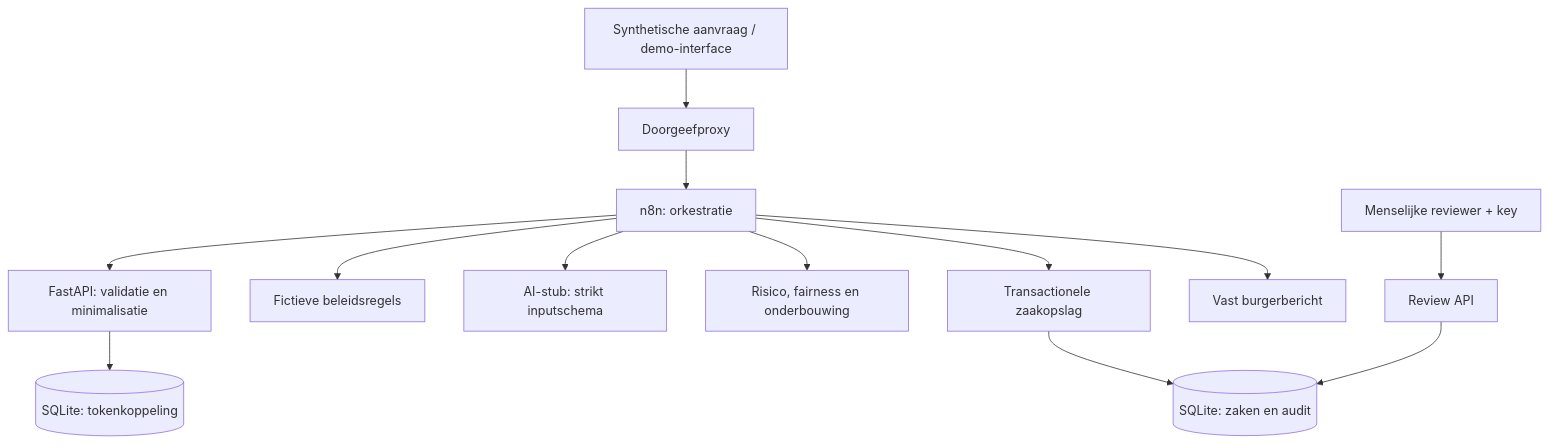
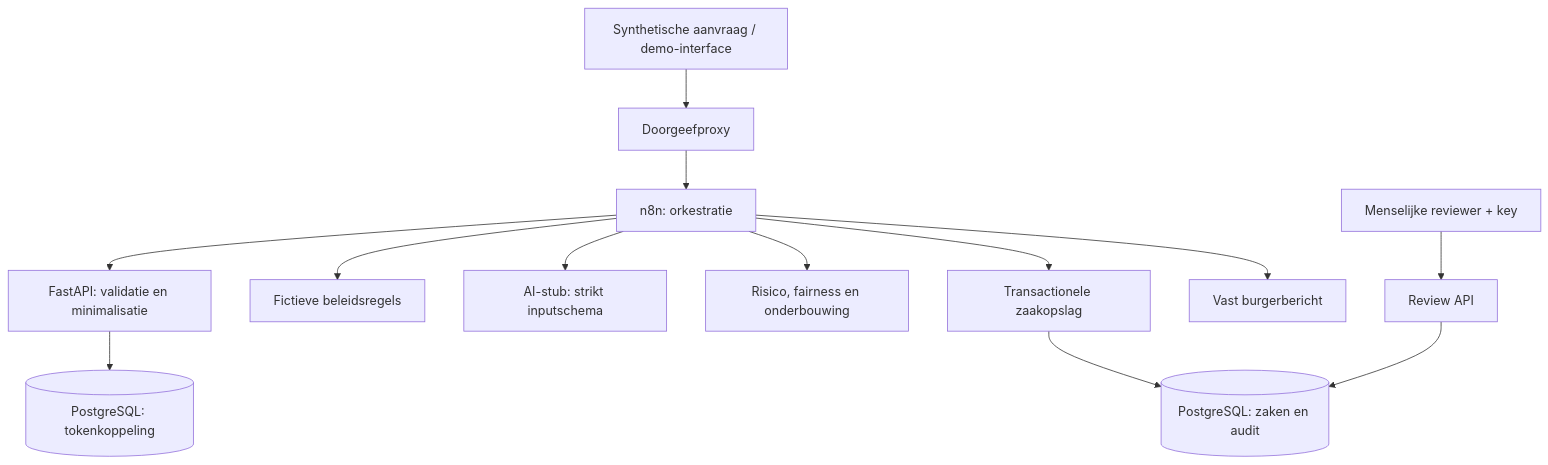
Before and after one commit to TomsCodingCorner/INNO_1-10-2026: the diagram in docs/architectuur.md, drawn with Mermaid. The commit also changed other lines of this file and 14 other files, not shown here.

````diff
--- a/docs/architectuur.md
+++ b/docs/architectuur.md
@@ -3,15 +3,15 @@
 ```mermaid
 flowchart TD
   U["Synthetische aanvraag / demo-interface"] --> P["Doorgeefproxy"]
   P --> N["n8n: orkestratie"]
   N --> V["FastAPI: validatie en minimalisatie"]
   N --> B["Fictieve beleidsregels"]
-  V --> D[("SQLite: tokenkoppeling")]
+  V --> D[("PostgreSQL: tokenkoppeling")]
   N --> A["AI-stub: strikt inputschema"]
   N --> C["Risico, fairness en onderbouwing"]
   N --> S["Transactionele zaakopslag"]
-  S --> L[("SQLite: zaken en audit")]
+  S --> L[("PostgreSQL: zaken en audit")]
   R["Menselijke reviewer + key"] --> H["Review API"]
   H --> L
   N --> M["Vast burgerbericht"]
 ```
````
